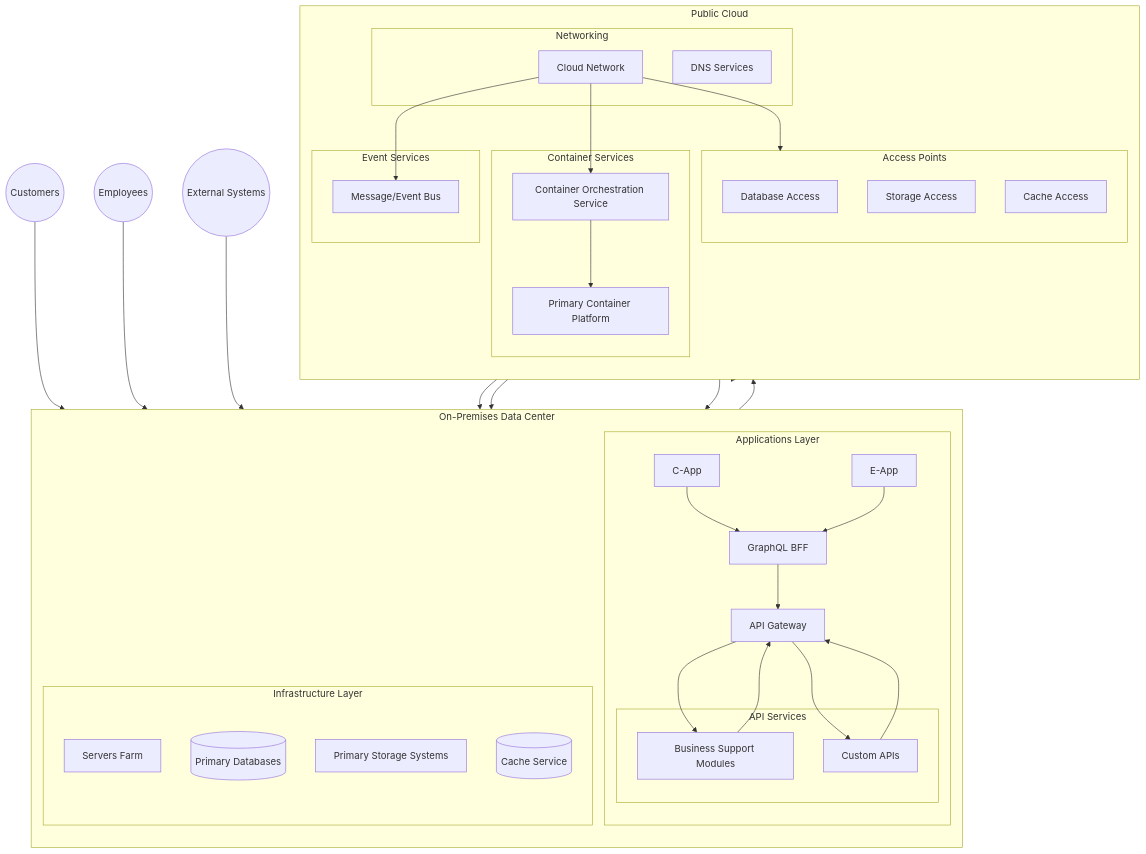
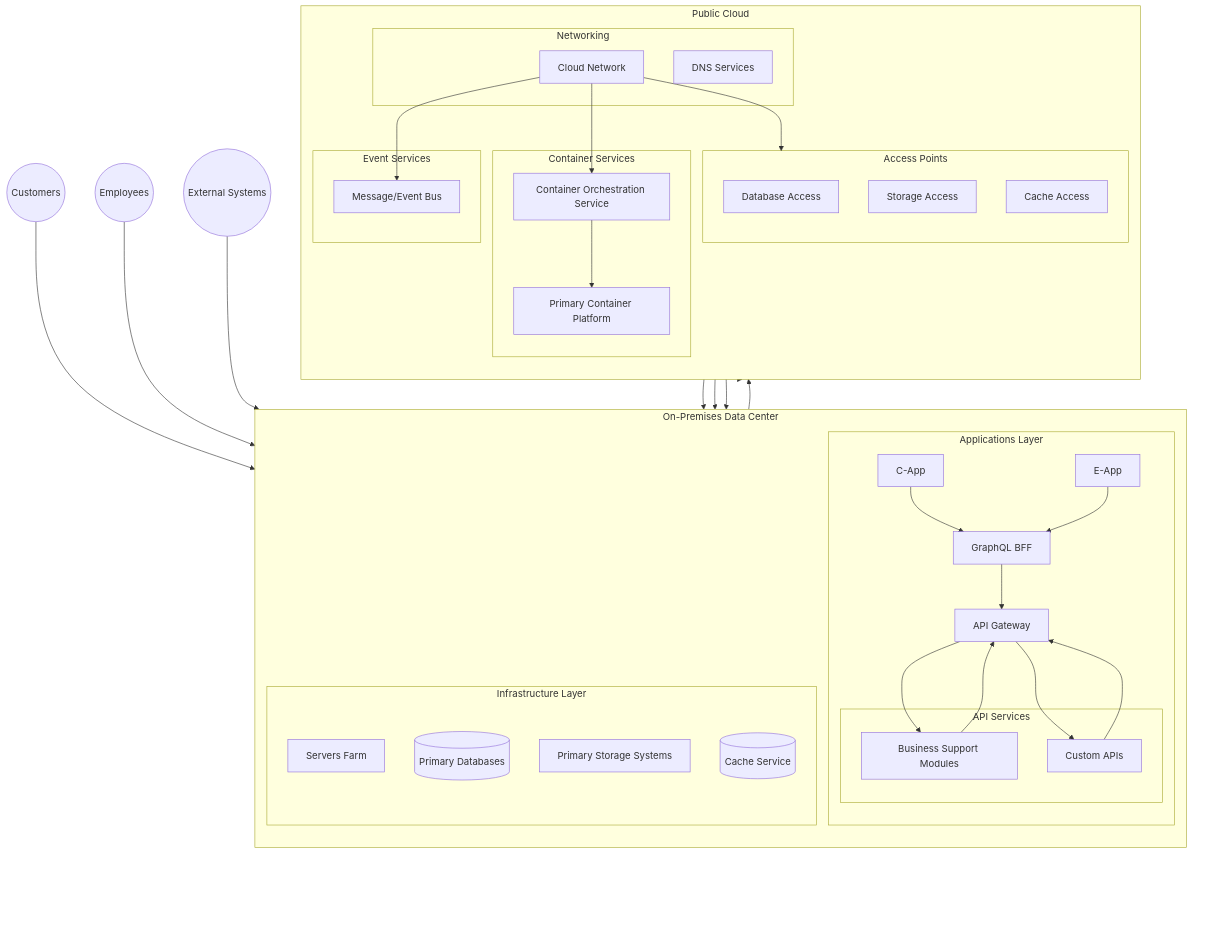
Before and after one commit to henryrestive/infra-docs: the diagram in Generic-HybridCloud.md, drawn with Mermaid. The commit also changed 2 other files, not shown here.

Commit message:
Enchance the visual view

````diff
--- a/Generic-HybridCloud.md
+++ b/Generic-HybridCloud.md
@@ -8,5 +8,8 @@
 ```mermaid
-graph TB
+graph TD
+    %% Define main layout direction
+    direction TB
+    
     subgraph OnPrem[On-Premises Data Center]
         direction TB
         subgraph Apps[Applications Layer]
@@ -27,6 +30,16 @@
             CacheService[(Cache Service)]
         end
     end
+
+    %% Blank space for separation
+    Space1[" "]:::hidden
+    Space2[" "]:::hidden
+    OnPrem --- Space1
+    Space1 --- Space2
+    Space2 --- Cloud
+    linkStyle 0 opacity:0
+    linkStyle 1 opacity:0
+    linkStyle 2 opacity:0
 
     subgraph Cloud[Public Cloud]
         direction TB
@@ -74,4 +87,6 @@
     StorageAccess --> PrimaryStorage
     CacheAccess --> CacheService
     CloudNet --> EventBus
+
+    classDef hidden opacity:0
 ```
````
